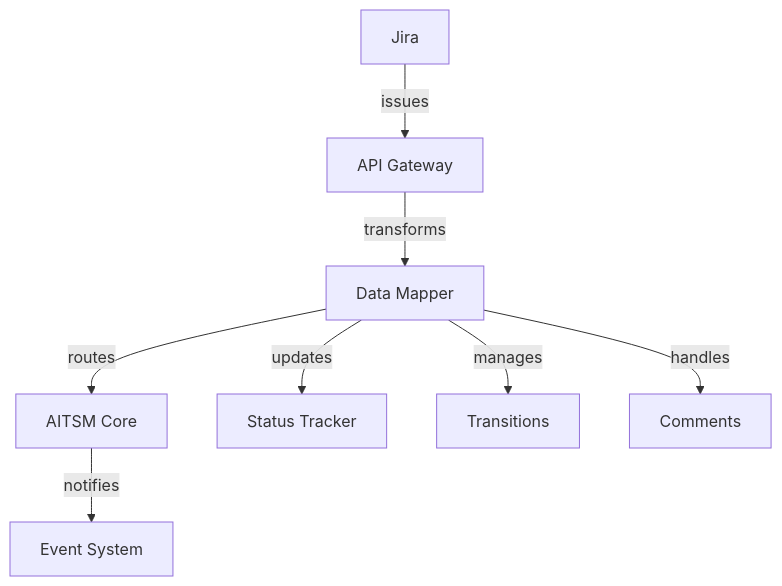
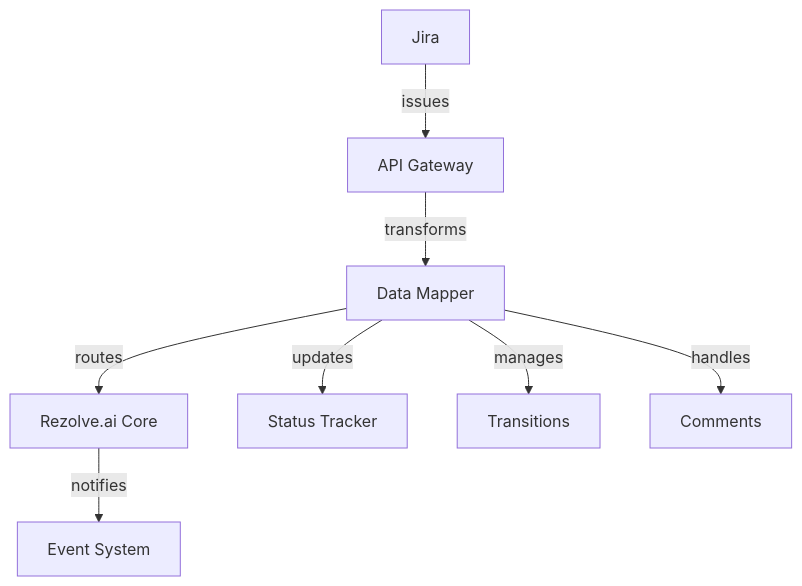
One commit to ubreddy/rezolve-docs changed the second of 4 diagrams in docs/integrations/ticketing-systems.md. Above: the diagram before and after it, drawn with Mermaid. The commit also changed other lines of this file and 35 other files, not shown here.

````diff
--- a/docs/integrations/ticketing-systems.md
+++ b/docs/integrations/ticketing-systems.md
@@ -58,11 +58,11 @@
 ```mermaid
 graph TD
     A[Jira] --> |issues| B[API Gateway]
     B --> |transforms| C[Data Mapper]
-    C --> |routes| D[AITSM Core]
+    C --> |routes| D[Rezolve.ai Core]
     D --> |notifies| E[Event System]
     
     C --> |updates| F[Status Tracker]
     C --> |manages| G[Transitions]
     C --> |handles| H[Comments]
 ```
````
